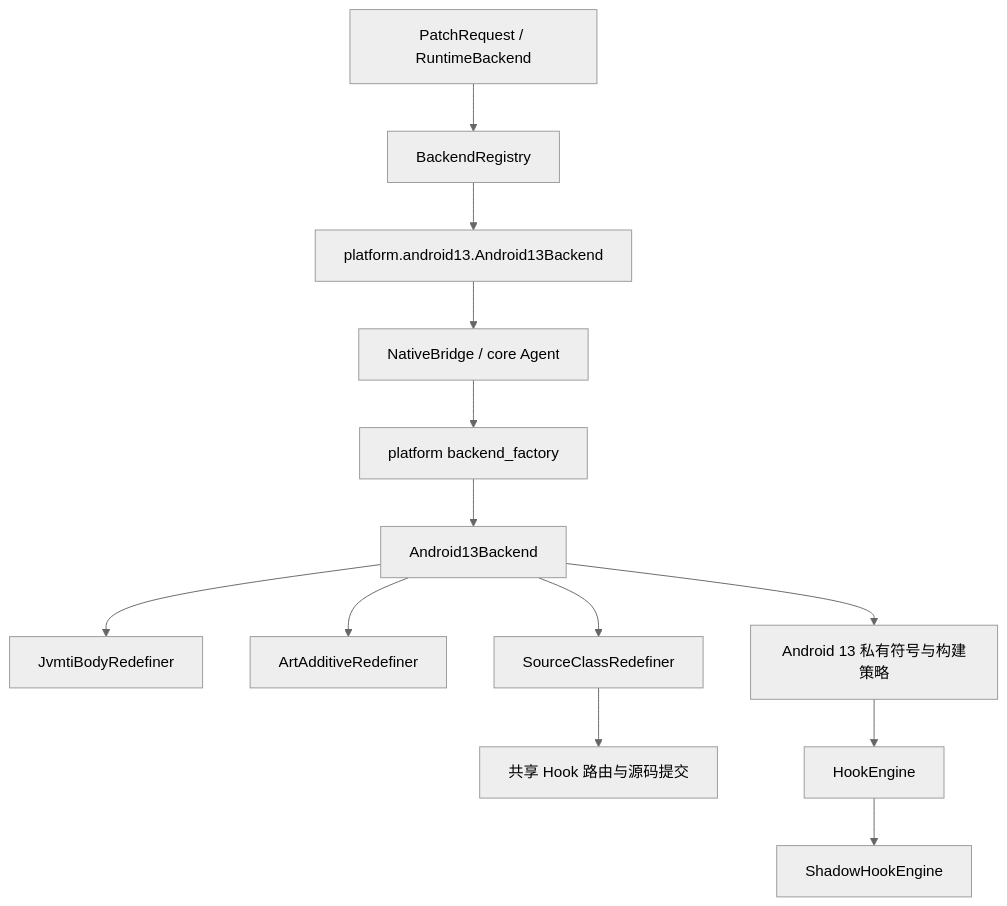
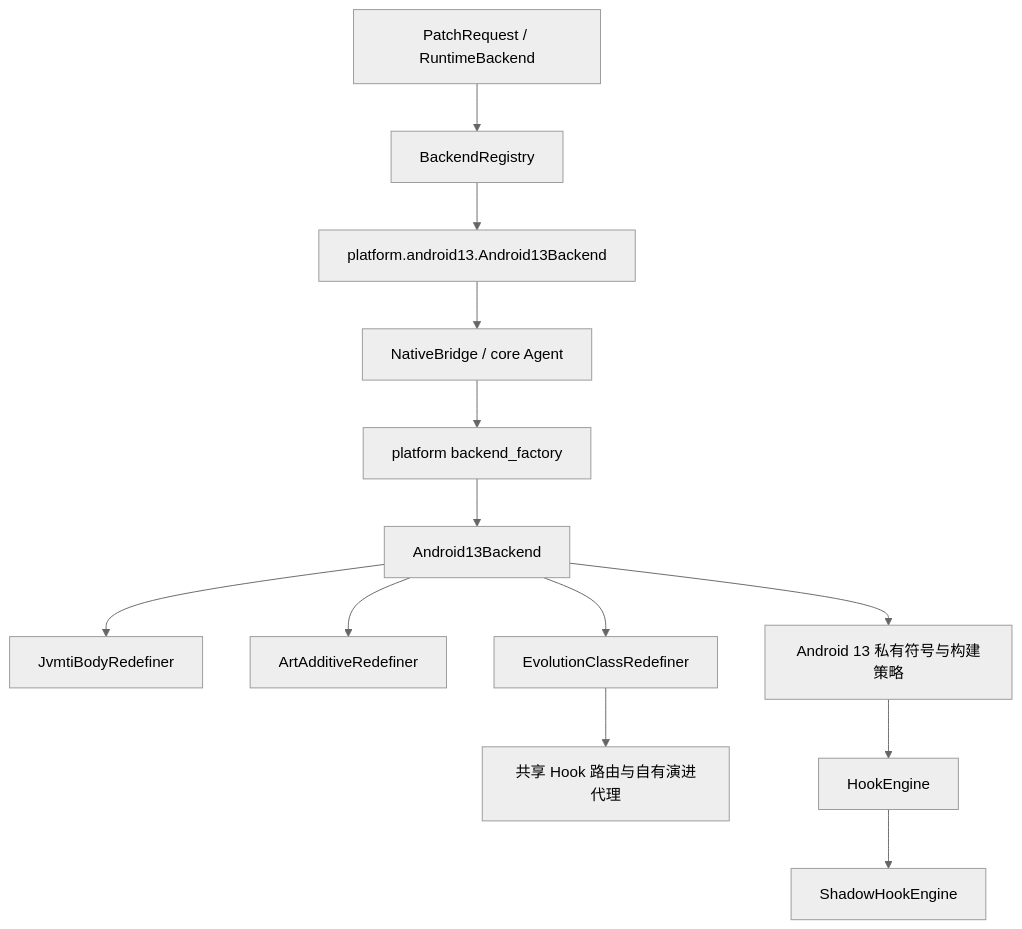
Before and after one commit to ytlog/art-dcevm: the diagram in docs/README.md, drawn with Mermaid (neutral theme). The commit also changed other lines of this file and 193 other files, not shown here.

````diff
--- a/docs/README.md
+++ b/docs/README.md
@@ -105,15 +109,15 @@
 ```mermaid
 flowchart TD
     A[PatchRequest / RuntimeBackend] --> B[BackendRegistry]
     B --> C[platform.android13.Android13Backend]
     C --> D[NativeBridge / core Agent]
     D --> E[platform backend_factory]
     E --> F[Android13Backend]
     F --> G[JvmtiBodyRedefiner]
     F --> H[ArtAdditiveRedefiner]
-    F --> I[SourceClassRedefiner]
-    I --> M[共享 Hook 路由与源码提交]
+    F --> I[EvolutionClassRedefiner]
+    I --> M[共享 Hook 路由与自有演进代理]
     F --> J[Android 13 私有符号与构建策略]
     J --> K[HookEngine]
     K --> L[ShadowHookEngine]
 ```
````
